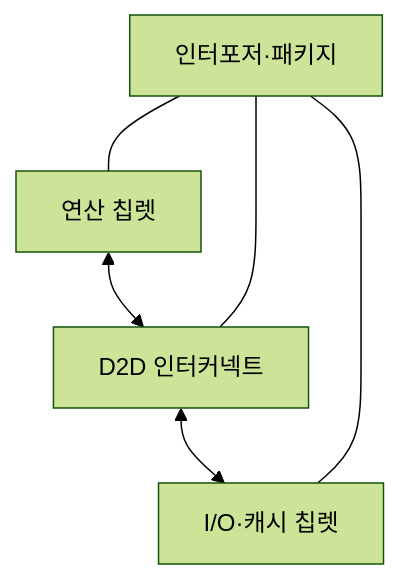
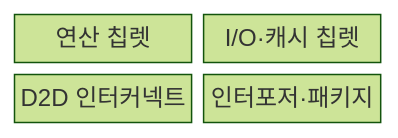
Before and after one commit to agnusdei1207/knowledge-base: the first of 2 diagrams in src/content/docs/notes/02-hardware/049_chiplet.md, drawn with Mermaid (forest theme). The commit also changed other lines of this file and 20 other files, not shown here.

````diff
--- a/src/content/docs/notes/02-hardware/049_chiplet.md
+++ b/src/content/docs/notes/02-hardware/049_chiplet.md
@@ -66,8 +64,8 @@
 ```mermaid
-flowchart TB
-    A["연산 칩렛"] <--> C["D2D 인터커넥트"]
-    C <--> B["I/O·캐시 칩렛"]
-    P["인터포저·패키지"] --- A
-    P --- C
-    P --- B
+block
+    columns 2
+    A["연산 칩렛"]
+    B["I/O·캐시 칩렛"]
+    C["D2D 인터커넥트"]
+    P["인터포저·패키지"]
 ```
````
